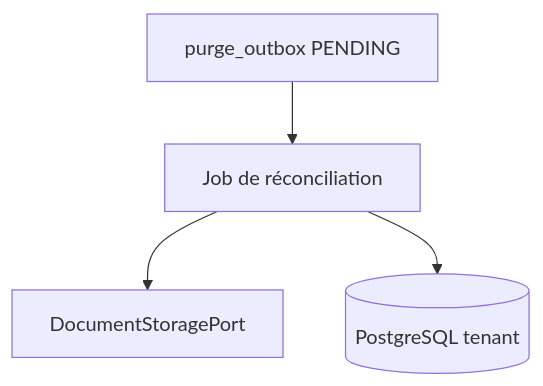
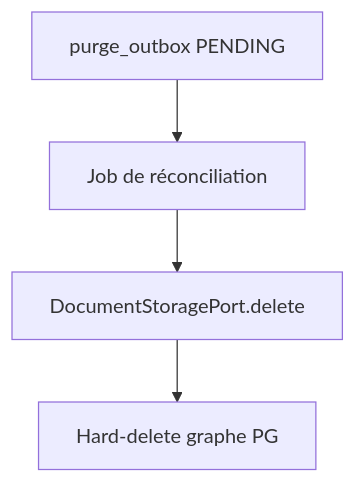
One commit to superjojo79/Myrmacta changed the diagram in docs/ai/design/2026-08-19-feature-purge-stockage.md. Above: the diagram before and after it, drawn with Mermaid. The commit also changed other lines of this file and 1 other file, not shown here.

First line of the commit message:
docs(purge-stockage): Q3 actée — store puis PostgreSQL

````diff
--- a/docs/ai/design/2026-08-19-feature-purge-stockage.md
+++ b/docs/ai/design/2026-08-19-feature-purge-stockage.md
@@ -22,6 +22,6 @@
 ```mermaid
 flowchart TD
   ob[purge_outbox PENDING] --> job[Job de réconciliation]
-  job --> store[DocumentStoragePort]
-  job --> pg[(PostgreSQL tenant)]
+  job --> store[DocumentStoragePort.delete]
+  store --> pg[Hard-delete graphe PG]
 ```
````
